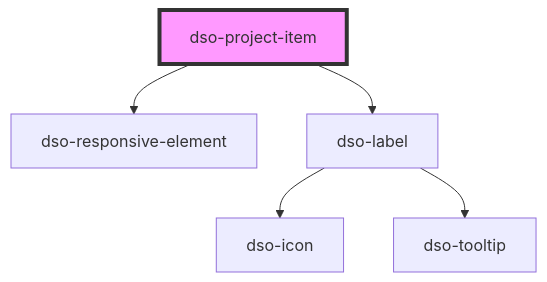
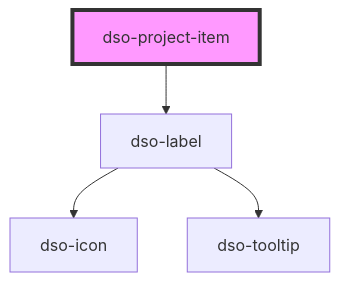
One commit to dso-toolkit/dso-toolkit changed the diagram in packages/core/src/components/project-item/readme.md. Above: the diagram before and after it, drawn with Mermaid. The commit also changed other lines of this file and 15 other files, not shown here.

````diff
--- a/packages/core/src/components/project-item/readme.md
+++ b/packages/core/src/components/project-item/readme.md
@@ -23,8 +22,7 @@
 ```mermaid
 graph TD;
-  dso-project-item --> dso-responsive-element
   dso-project-item --> dso-label
   dso-label --> dso-icon
   dso-label --> dso-tooltip
   style dso-project-item fill:#f9f,stroke:#333,stroke-width:4px
 ```
````
